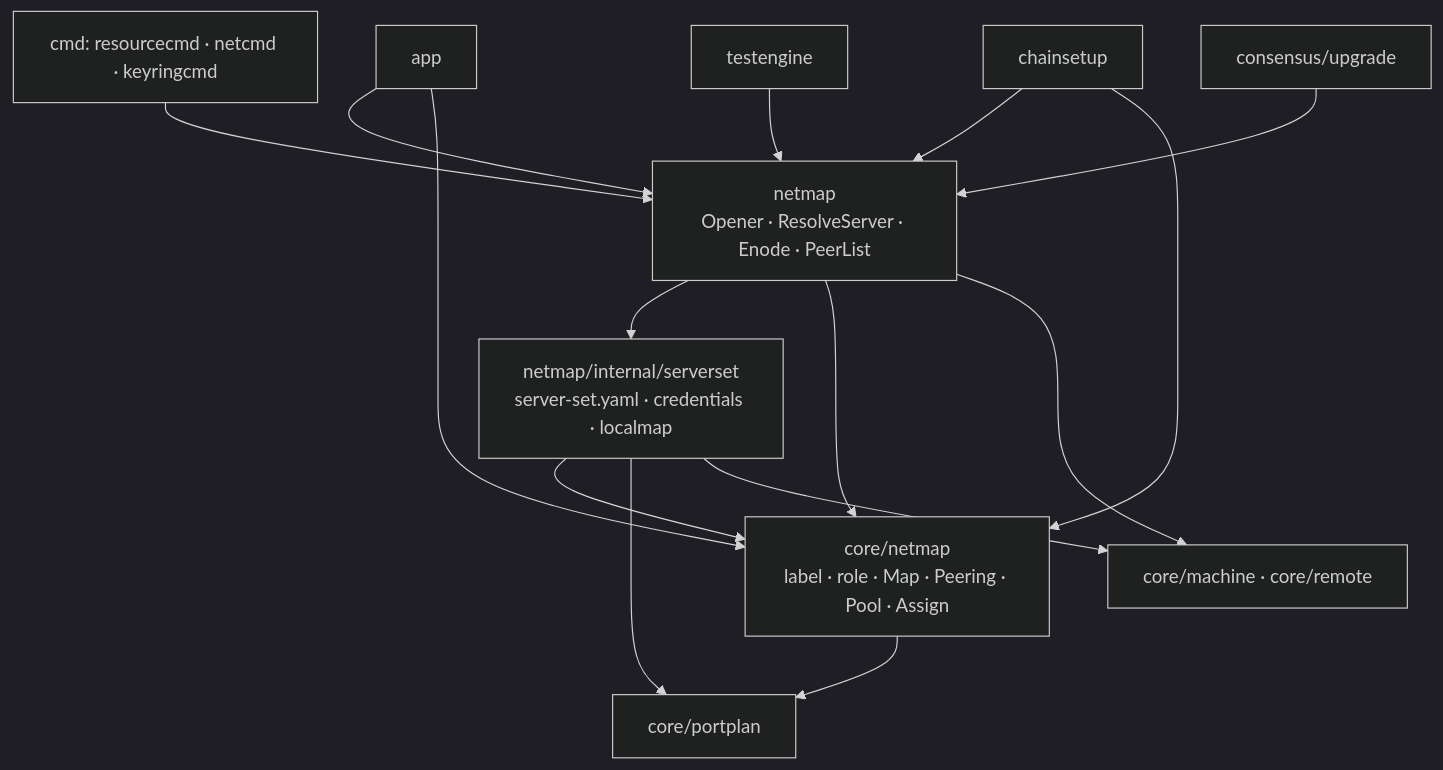
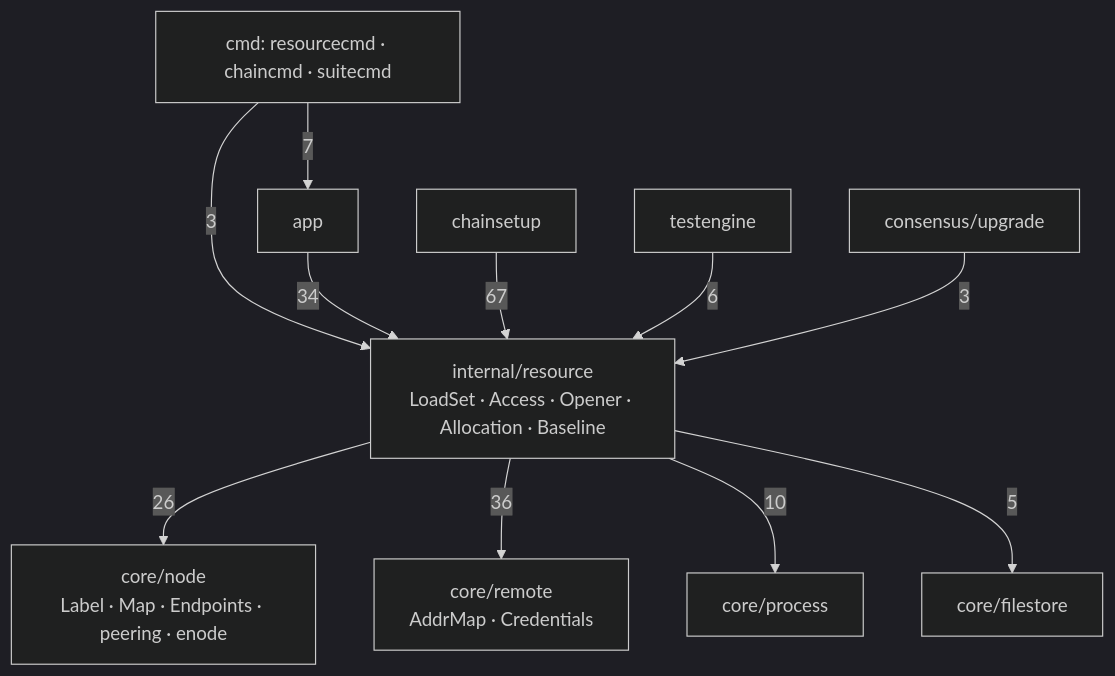
One commit to 0xmhha/chainbench changed the second of 2 diagrams in docs/dev/architecture/code-graph.md. Above: the diagram before and after it, drawn with Mermaid (dark theme). The commit also changed other lines of this file and 57 other files, not shown here.

````diff
--- a/docs/dev/architecture/code-graph.md
+++ b/docs/dev/architecture/code-graph.md
@@ -99,28 +106,24 @@
 ```mermaid
 flowchart TD
-    cmd[cmd: resourcecmd · netcmd · keyringcmd]
+    cmd[cmd: resourcecmd · chaincmd · suitecmd]
     app[app]
     setup[chainsetup]
     engine[testengine]
     upg[consensus/upgrade]
-    nm[netmap<br/>Opener · ResolveServer · Enode · PeerList]
-    ss[netmap/internal/serverset<br/>server-set.yaml · credentials · localmap]
-    cnm[core/netmap<br/>label · role · Map · Peering · Pool · Assign]
-    pp[core/portplan]
-    mach[core/machine · core/remote]
+    res[internal/resource<br/>LoadSet · Access · Opener · Allocation · Baseline]
+    nd[core/node<br/>Label · Map · Endpoints · peering · enode]
+    proc[core/process]
+    rem[core/remote<br/>AddrMap · Credentials]
+    fs[core/filestore]
 
-    cmd --> nm
-    app --> nm
-    app --> cnm
-    setup --> nm
-    setup --> cnm
-    engine --> nm
-    upg --> nm
-    nm --> ss
-    nm --> cnm
-    nm --> mach
-    ss --> cnm
-    ss --> pp
-    ss --> mach
-    cnm --> pp
+    cmd -->|3| res
+    cmd -->|7| app
+    app -->|34| res
+    setup -->|67| res
+    engine -->|6| res
+    upg -->|3| res
+    res -->|26| nd
+    res -->|36| rem
+    res -->|10| proc
+    res -->|5| fs
 ```
````
